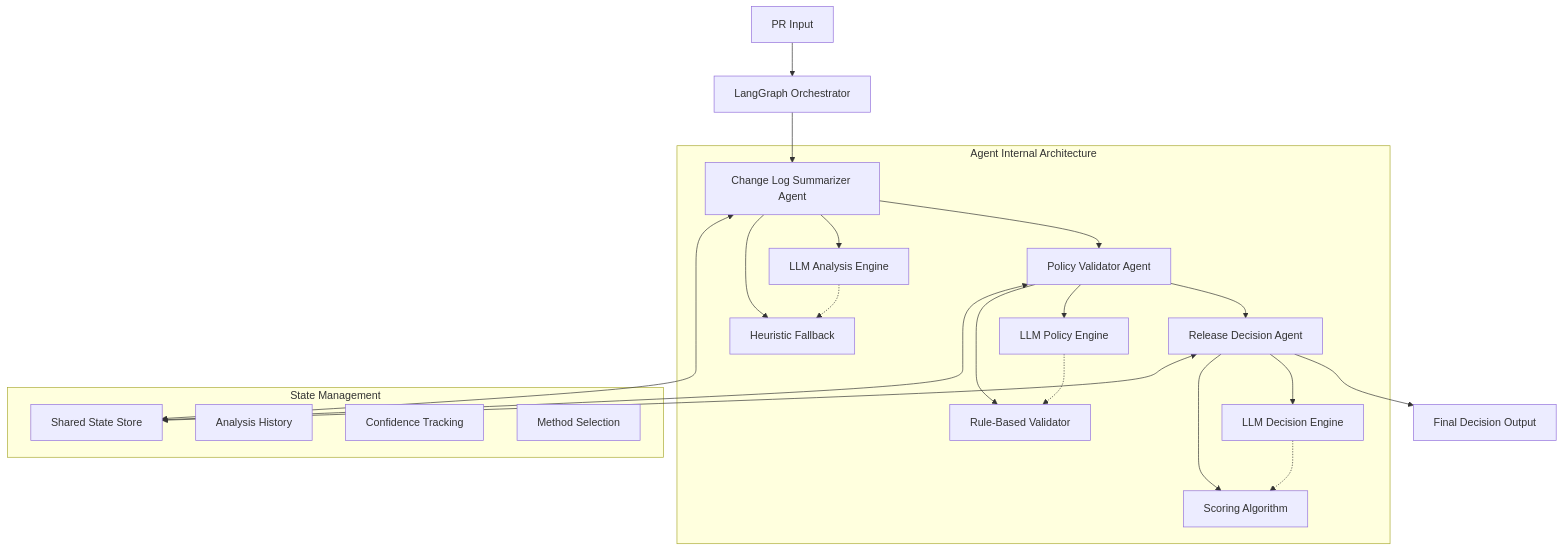
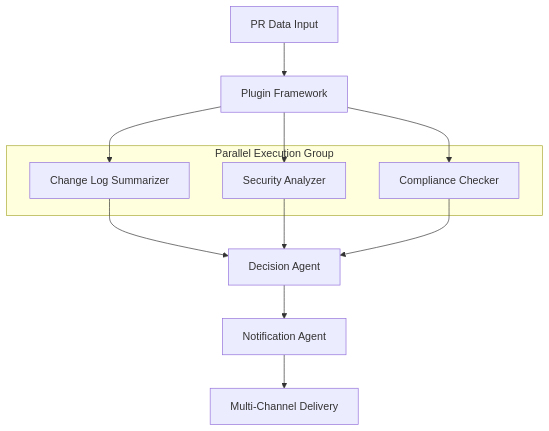
One commit to nmansur0ct/ReleaseRiskAnalyserAgent changed the diagram in Architecture.md. Above: the diagram before and after it, drawn with Mermaid. The commit also changed other lines of this file, not shown here.

````diff
--- a/Architecture.md
+++ b/Architecture.md
@@ -707,33 +219,18 @@
 ```mermaid
-graph TB
-    A[PR Input] --> B[LangGraph Orchestrator]
-    B --> C[Change Log Summarizer Agent]
-    C --> D[Policy Validator Agent]
-    D --> E[Release Decision Agent]
-    E --> F[Final Decision Output]
+graph TD
+    A[PR Data Input] --> B[Plugin Framework]
+    B --> C[Change Log Summarizer]
+    B --> D[Security Analyzer]
+    B --> E[Compliance Checker]
+    C --> F[Decision Agent]
+    D --> F
+    E --> F
+    F --> G[Notification Agent]
+    G --> H[Multi-Channel Delivery]
     
-    subgraph "Agent Internal Architecture"
-        C --> C1[LLM Analysis Engine]
-        C --> C2[Heuristic Fallback]
-        C1 -.-> C2
-        
-        D --> D1[LLM Policy Engine]
-        D --> D2[Rule-Based Validator]
-        D1 -.-> D2
-        
-        E --> E1[LLM Decision Engine]
-        E --> E2[Scoring Algorithm]
-        E1 -.-> E2
+    subgraph "Parallel Execution Group"
+        C
+        D 
+        E
     end
-    
-    subgraph "State Management"
-        G[Shared State Store]
-        H[Analysis History]
-        I[Confidence Tracking]
-        J[Method Selection]
-    end
-    
-    C <--> G
-    D <--> G
-    E <--> G
 ```
````
